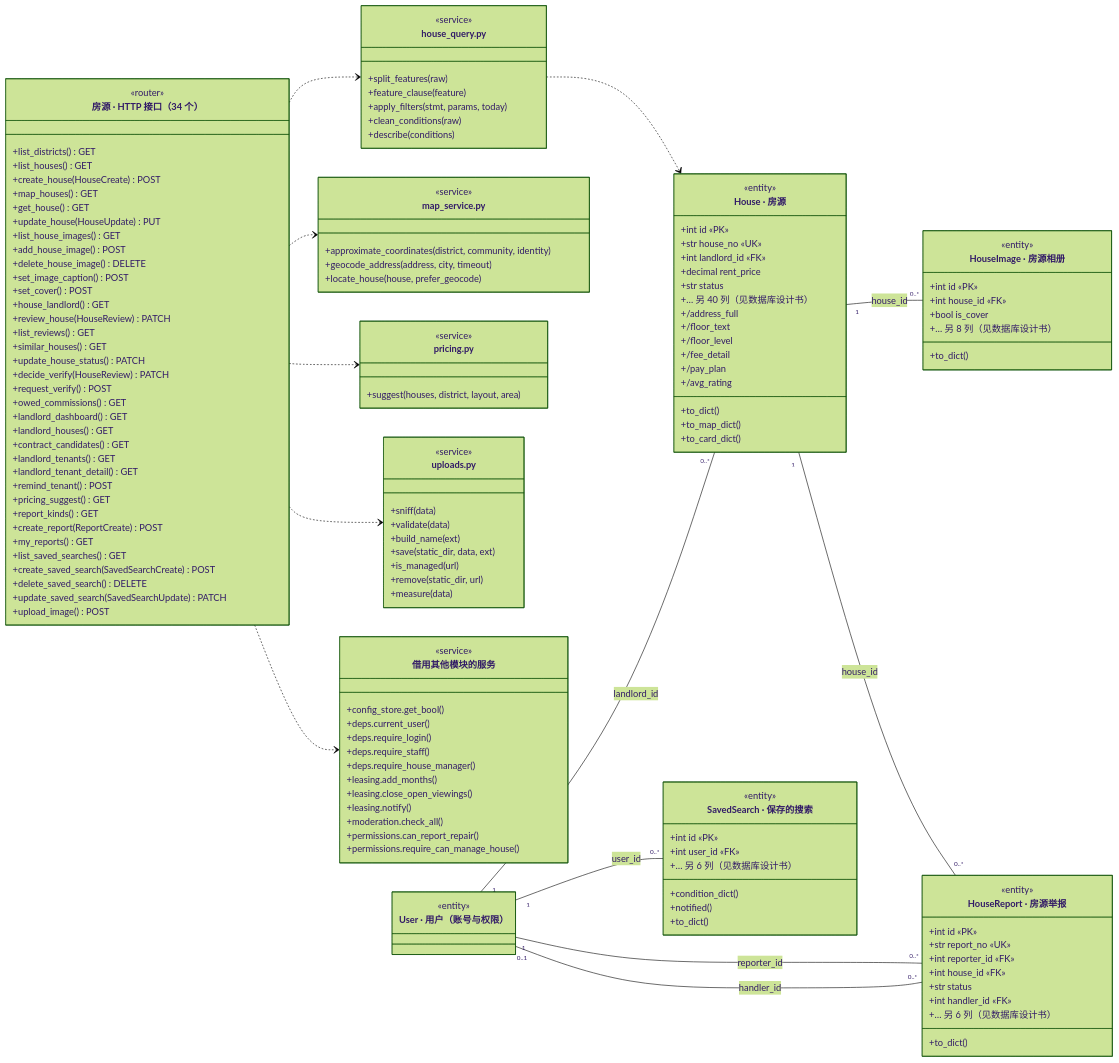
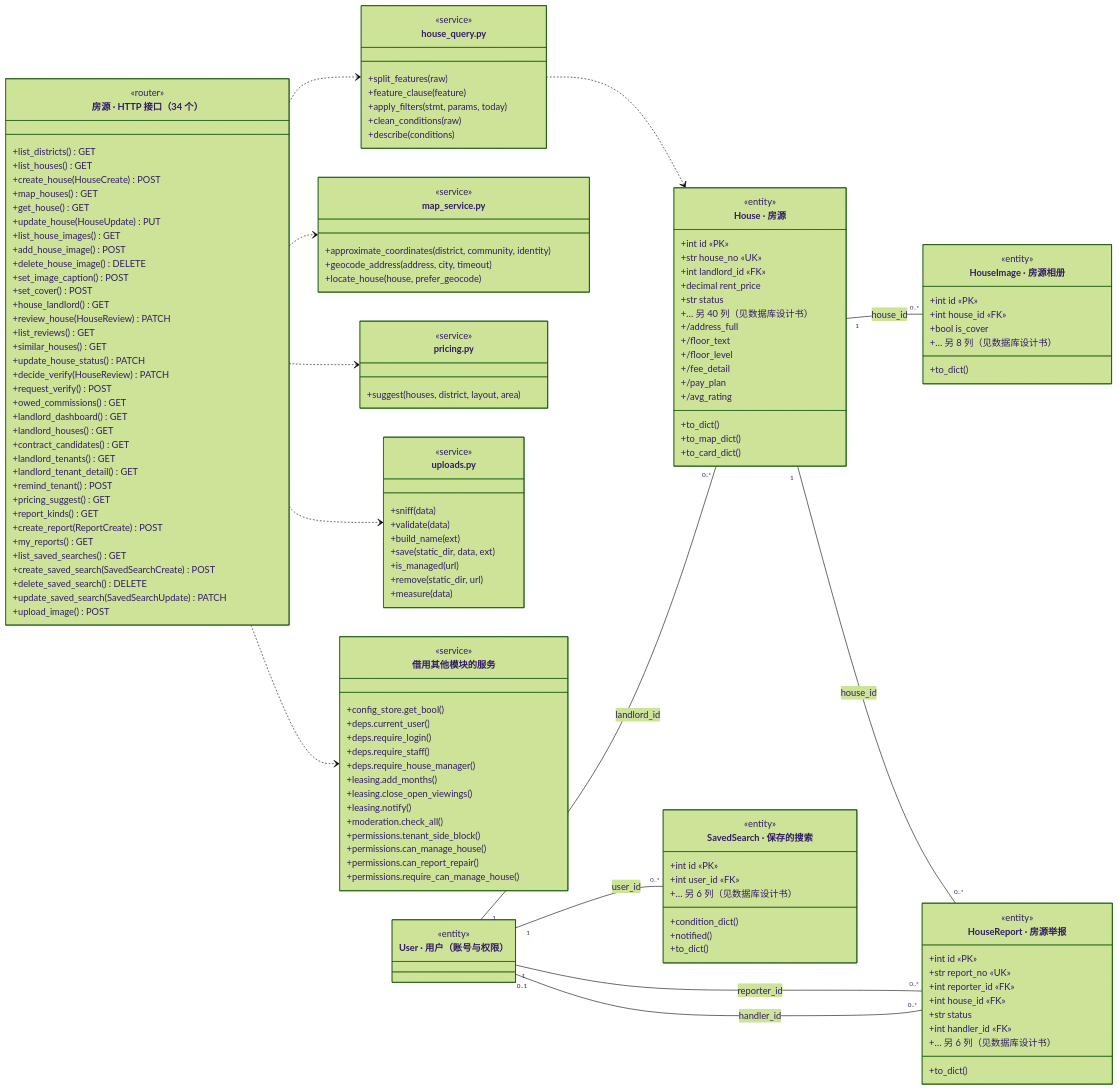
One commit to A107586/ai-house-rental changed the diagram in docs/图/class_house.mmd. Above: the diagram before and after it, drawn with Mermaid (forest theme). The commit also changed 27 other files, not shown here.

```diff
--- a/docs/图/class_house.mmd
+++ b/docs/图/class_house.mmd
@@ -1,141 +1,143 @@
 classDiagram
     direction LR
     class Api["房源 · HTTP 接口（34 个）"] {
         <<router>>
         +list_districts() GET
         +list_houses() GET
         +create_house(HouseCreate) POST
         +map_houses() GET
         +get_house() GET
         +update_house(HouseUpdate) PUT
         +list_house_images() GET
         +add_house_image() POST
         +delete_house_image() DELETE
         +set_image_caption() POST
         +set_cover() POST
         +house_landlord() GET
         +review_house(HouseReview) PATCH
         +list_reviews() GET
         +similar_houses() GET
         +update_house_status() PATCH
         +decide_verify(HouseReview) PATCH
         +request_verify() POST
         +owed_commissions() GET
         +landlord_dashboard() GET
         +landlord_houses() GET
         +contract_candidates() GET
         +landlord_tenants() GET
         +landlord_tenant_detail() GET
         +remind_tenant() POST
         +pricing_suggest() GET
         +report_kinds() GET
         +create_report(ReportCreate) POST
         +my_reports() GET
         +list_saved_searches() GET
         +create_saved_search(SavedSearchCreate) POST
         +delete_saved_search() DELETE
         +update_saved_search(SavedSearchUpdate) PATCH
         +upload_image() POST
     }
     class m_house_query["house_query.py"] {
         <<service>>
         +split_features(raw)
         +feature_clause(feature)
         +apply_filters(stmt, params, today)
         +clean_conditions(raw)
         +describe(conditions)
     }
     Api ..> m_house_query
     class m_map_service["map_service.py"] {
         <<service>>
         +approximate_coordinates(district, community, identity)
         +geocode_address(address, city, timeout)
         +locate_house(house, prefer_geocode)
     }
     Api ..> m_map_service
     class m_pricing["pricing.py"] {
         <<service>>
         +suggest(houses, district, layout, area)
     }
     Api ..> m_pricing
     class m_uploads["uploads.py"] {
         <<service>>
         +sniff(data)
         +validate(data)
         +build_name(ext)
         +save(static_dir, data, ext)
         +is_managed(url)
         +remove(static_dir, url)
         +measure(data)
     }
     Api ..> m_uploads
     class m_shared["借用其他模块的服务"] {
         <<service>>
         +config_store.get_bool()
         +deps.current_user()
         +deps.require_login()
         +deps.require_staff()
         +deps.require_house_manager()
         +leasing.add_months()
         +leasing.close_open_viewings()
         +leasing.notify()
         +moderation.check_all()
+        +permissions.tenant_side_block()
+        +permissions.can_manage_house()
         +permissions.can_report_repair()
         +permissions.require_can_manage_house()
     }
     Api ..> m_shared
     class House["House · 房源"] {
         <<entity>>
         +int id «PK»
         +str house_no «UK»
         +int landlord_id «FK»
         +decimal rent_price
         +str status
         +… 另 40 列（见数据库设计书）
         +to_dict()
         +to_map_dict()
         +to_card_dict()
         +/address_full
         +/floor_text
         +/floor_level
         +/fee_detail
         +/pay_plan
         +/avg_rating
     }
     class HouseImage["HouseImage · 房源相册"] {
         <<entity>>
         +int id «PK»
         +int house_id «FK»
         +bool is_cover
         +… 另 8 列（见数据库设计书）
         +to_dict()
     }
     class SavedSearch["SavedSearch · 保存的搜索"] {
         <<entity>>
         +int id «PK»
         +int user_id «FK»
         +… 另 6 列（见数据库设计书）
         +condition_dict()
         +notified()
         +to_dict()
     }
     class HouseReport["HouseReport · 房源举报"] {
         <<entity>>
         +int id «PK»
         +str report_no «UK»
         +int reporter_id «FK»
         +int house_id «FK»
         +str status
         +int handler_id «FK»
         +… 另 6 列（见数据库设计书）
         +to_dict()
     }
     class User["User · 用户（账号与权限）"]
     <<entity>> User
     User "1" -- "0..*" House : landlord_id
     House "1" -- "0..*" HouseImage : house_id
     User "1" -- "0..*" SavedSearch : user_id
     User "1" -- "0..*" HouseReport : reporter_id
     House "1" -- "0..*" HouseReport : house_id
     User "0..1" -- "0..*" HouseReport : handler_id
     m_house_query ..> House
```
